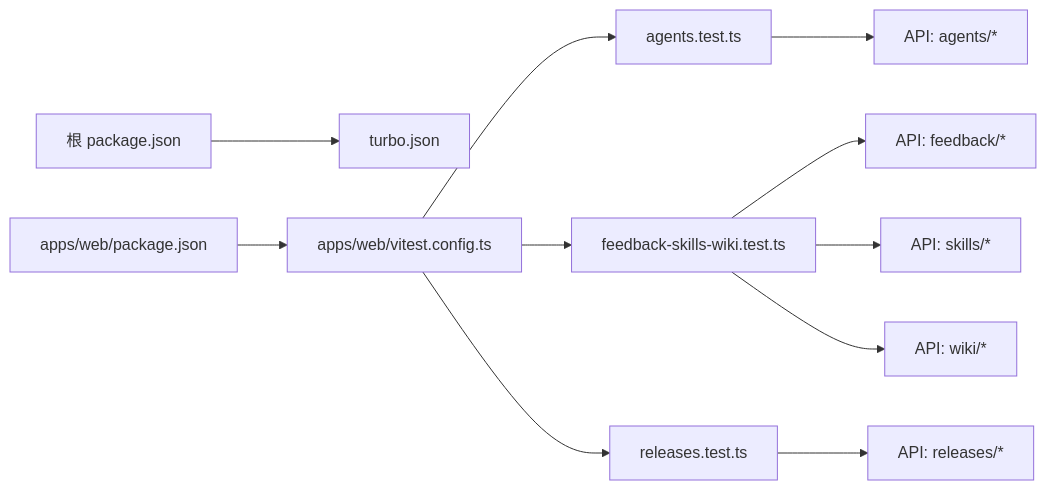
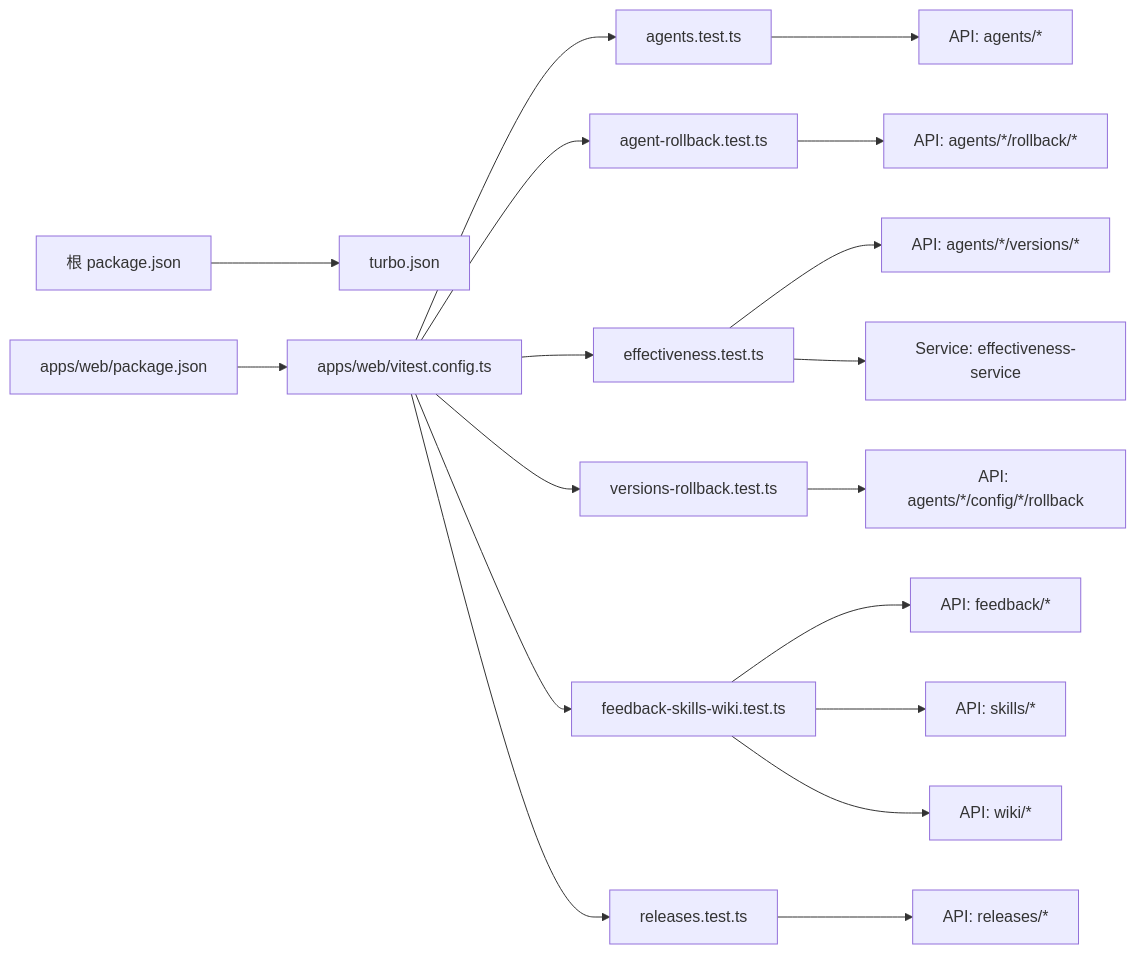
Before and after one commit to ai-guru-global/agent-up: the third of 3 diagrams in .qoder/repowiki/zh/content/开发指南/测试基础设施.md, drawn with Mermaid. The commit also changed other lines of this file and 59 other files, not shown here.

````diff
--- a/.qoder/repowiki/zh/content/开发指南/测试基础设施.md
+++ b/.qoder/repowiki/zh/content/开发指南/测试基础设施.md
@@ -168,13 +244,20 @@
 ```mermaid
 graph LR
 PkgRoot["根 package.json"] --> TurboCfg["turbo.json"]
 WebPkg["apps/web/package.json"] --> VitestCfg["apps/web/vitest.config.ts"]
 VitestCfg --> AgentsTest["agents.test.ts"]
+VitestCfg --> RollbackTest["agent-rollback.test.ts"]
+VitestCfg --> EffectivenessTest["effectiveness.test.ts"]
+VitestCfg --> VersionRollbackTest["versions-rollback.test.ts"]
 VitestCfg --> FeedbackWikiTest["feedback-skills-wiki.test.ts"]
 VitestCfg --> ReleasesTest["releases.test.ts"]
 AgentsTest --> API_Agents["API: agents/*"]
+RollbackTest --> API_Rollback["API: agents/*/rollback/*"]
+EffectivenessTest --> API_Versions["API: agents/*/versions/*"]
+EffectivenessTest --> Service_Effectiveness["Service: effectiveness-service"]
+VersionRollbackTest --> API_ConfigRollback["API: agents/*/config/*/rollback"]
 FeedbackWikiTest --> API_Feedback["API: feedback/*"]
 FeedbackWikiTest --> API_Skills["API: skills/*"]
 FeedbackWikiTest --> API_Wiki["API: wiki/*"]
 ReleasesTest --> API_Releases["API: releases/*"]
 ```
````
